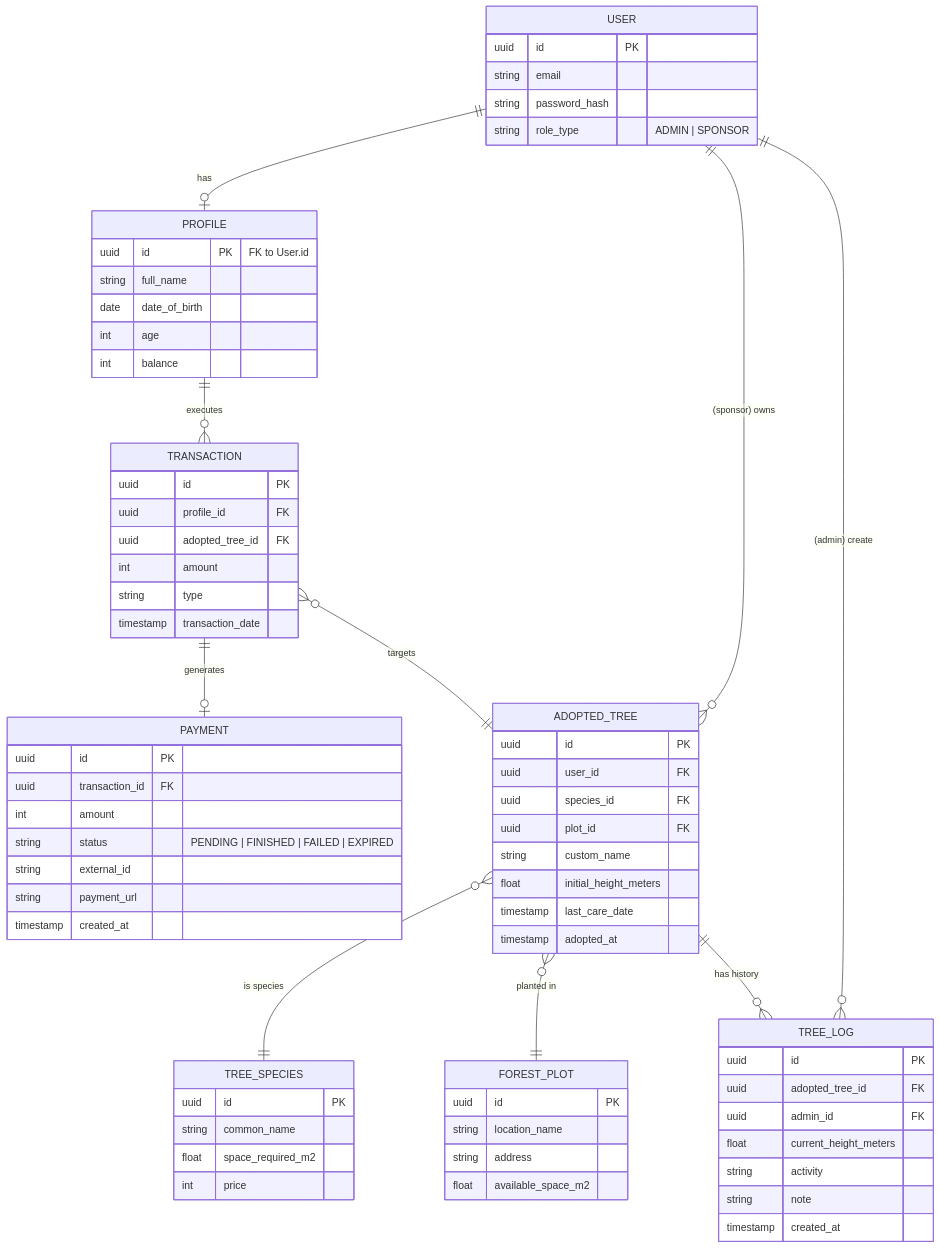
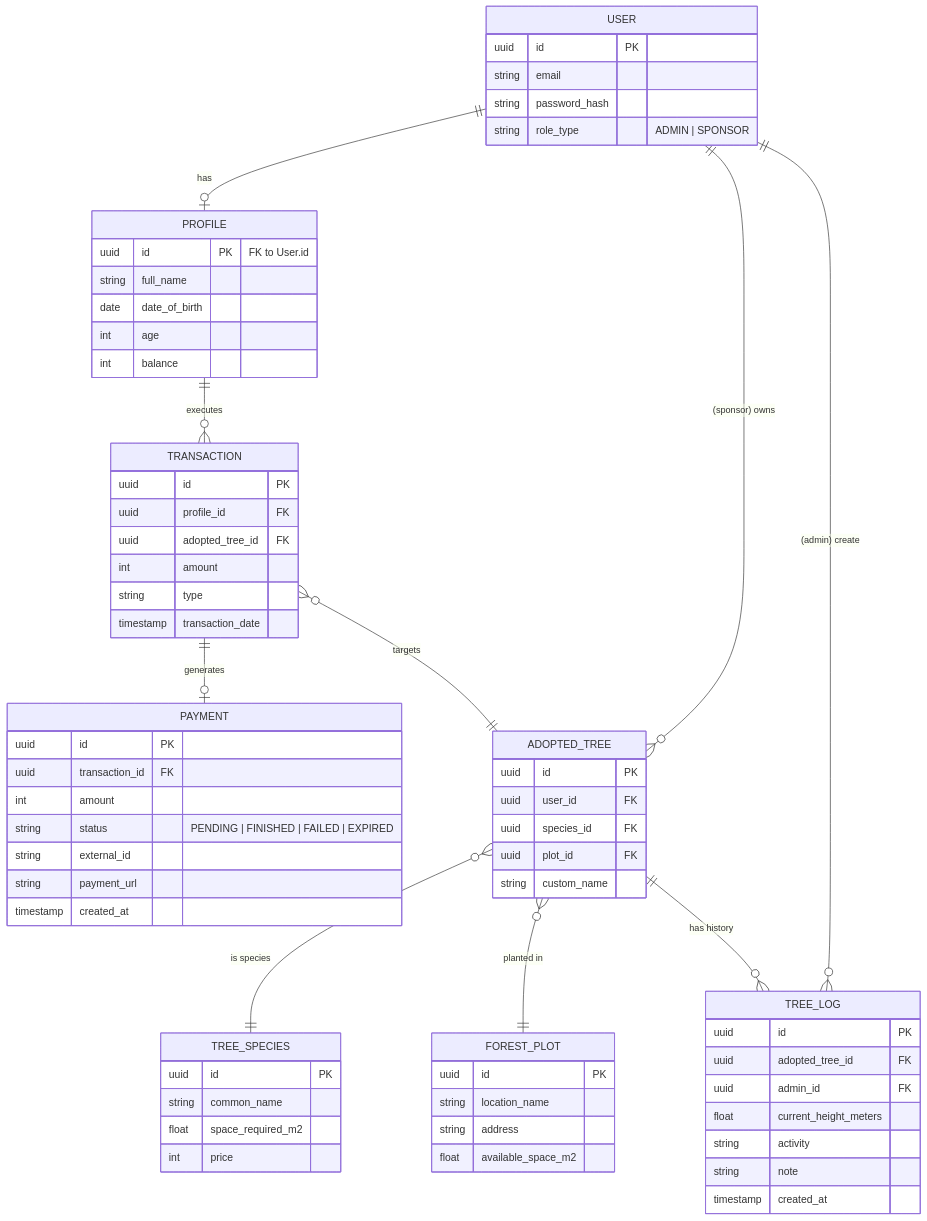
One commit to EffelShuban/ReForest changed the diagram in docs/erd.mmd. Above: the diagram before and after it, drawn with Mermaid. The commit also changed 10 other files, not shown here.

```diff
--- a/docs/erd.mmd
+++ b/docs/erd.mmd
@@ -1,82 +1,79 @@
 erDiagram
     USER ||--o| PROFILE : "has"
     USER ||--o{ ADOPTED_TREE : "(sponsor) owns"
     USER ||--o{ TREE_LOG : "(admin) create"
     
     PROFILE ||--o{ TRANSACTION : "executes"
     
     TRANSACTION ||--o| PAYMENT : "generates"
     TRANSACTION }o--|| ADOPTED_TREE : "targets"
     
     ADOPTED_TREE }o--|| TREE_SPECIES : "is species"
     ADOPTED_TREE }o--|| FOREST_PLOT : "planted in"
     ADOPTED_TREE ||--o{ TREE_LOG : "has history"
 
     USER {
         uuid id PK
         string email
         string password_hash
         string role_type "ADMIN | SPONSOR"
     }
 
     PROFILE {
         uuid id PK "FK to User.id"
         string full_name
         date date_of_birth
         int age
         int balance
     }
 
     PAYMENT {
         uuid id PK
         uuid transaction_id FK
         int amount
         string status "PENDING | FINISHED | FAILED | EXPIRED"
         string external_id
         string payment_url
         timestamp created_at
     }
 
     TRANSACTION {
         uuid id PK
         uuid profile_id FK
         uuid adopted_tree_id FK
         int amount
         string type
         timestamp transaction_date
     }
 
     FOREST_PLOT {
         uuid id PK
         string location_name
         string address
         float available_space_m2
     }
 
     TREE_SPECIES {
         uuid id PK
         string common_name
         float space_required_m2
         int price
     }
 
     ADOPTED_TREE {
         uuid id PK
         uuid user_id FK
         uuid species_id FK
         uuid plot_id FK
         string custom_name
-        float initial_height_meters
-        timestamp last_care_date
-        timestamp adopted_at
     }
 
     TREE_LOG {
         uuid id PK
         uuid adopted_tree_id FK
         uuid admin_id FK
         float current_height_meters
         string activity
         string note
         timestamp created_at
     }
```
